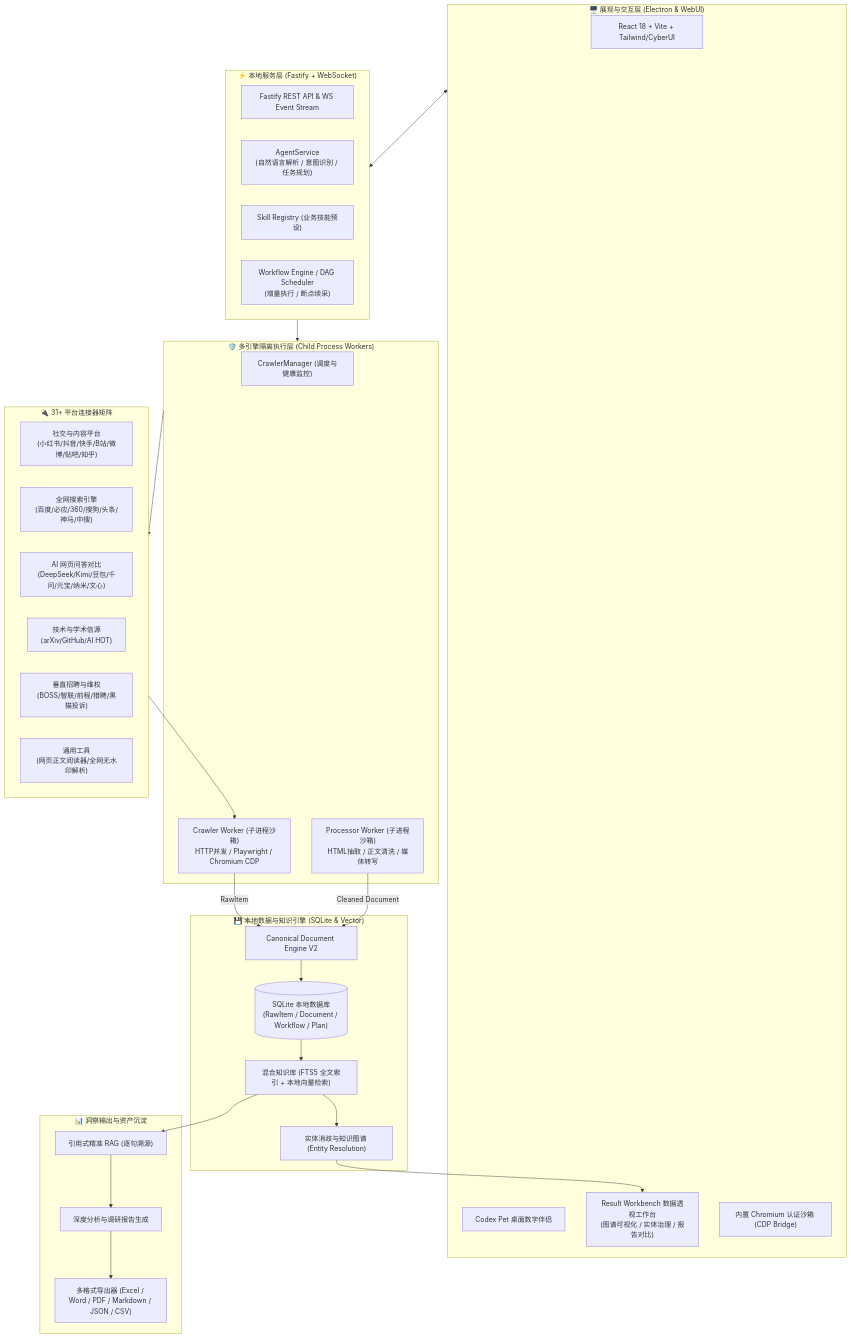
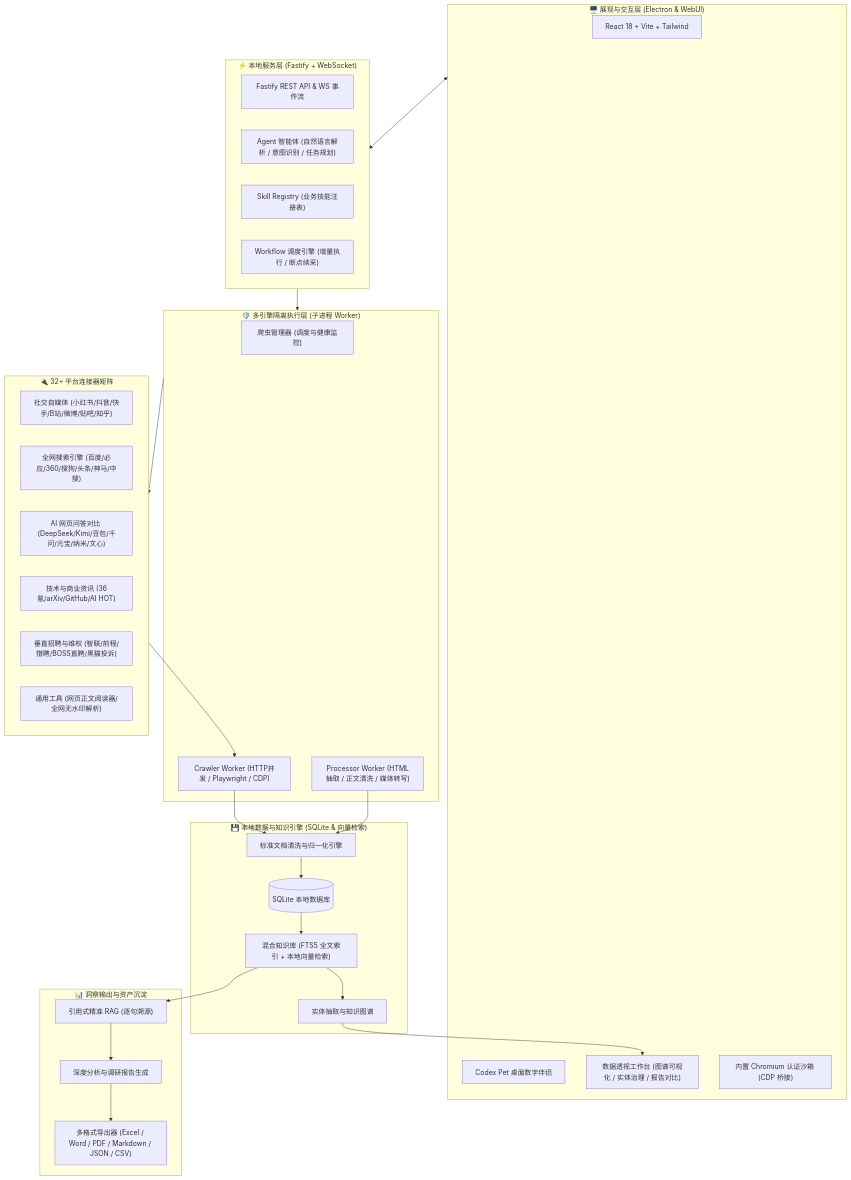
The diagram in README.md (ucmao/unisearch), drawn with Mermaid before and after one commit. The commit also changed other lines of this file and 10 other files, not shown here.

````diff
--- a/README.md
+++ b/README.md
@@ -41,58 +41,58 @@
 ```mermaid
 flowchart TB
     subgraph UI_Layer["🖥️ 展现与交互层 (Electron & WebUI)"]
-        WebUI["React 18 + Vite + Tailwind/CyberUI"]
+        WebUI["React 18 + Vite + Tailwind"]
         Pet["Codex Pet 桌面数字伴侣"]
-        Workbench["Result Workbench 数据透视工作台<br/>(图谱可视化 / 实体治理 / 报告对比)"]
-        BrowserSession["内置 Chromium 认证沙箱 (CDP Bridge)"]
+        Workbench["数据透视工作台 (图谱可视化 / 实体治理 / 报告对比)"]
+        BrowserSession["内置 Chromium 认证沙箱 (CDP 桥接)"]
     end
 
     subgraph Server_Layer["⚡ 本地服务层 (Fastify + WebSocket)"]
-        API["Fastify REST API & WS Event Stream"]
-        Agent["AgentService<br/>(自然语言解析 / 意图识别 / 任务规划)"]
-        SkillReg["Skill Registry (业务技能预设)"]
-        WorkflowEng["Workflow Engine / DAG Scheduler<br/>(增量执行 / 断点续采)"]
+        API["Fastify REST API & WS 事件流"]
+        Agent["Agent 智能体 (自然语言解析 / 意图识别 / 任务规划)"]
+        SkillReg["Skill Registry (业务技能注册表)"]
+        WorkflowEng["Workflow 调度引擎 (增量执行 / 断点续采)"]
     end
 
-    subgraph Runtime_Layer["🛡️ 多引擎隔离执行层 (Child Process Workers)"]
-        CrawlerMgr["CrawlerManager (调度与健康监控)"]
-        CrawlerWorker["Crawler Worker (子进程沙箱)<br/>HTTP并发 / Playwright / Chromium CDP"]
-        ProcessorWorker["Processor Worker (子进程沙箱)<br/>HTML抽取 / 正文清洗 / 媒体转写"]
+    subgraph Runtime_Layer["🛡️ 多引擎隔离执行层 (子进程 Worker)"]
+        CrawlerMgr["爬虫管理器 (调度与健康监控)"]
+        CrawlerWorker["Crawler Worker (HTTP并发 / Playwright / CDP)"]
+        ProcessorWorker["Processor Worker (HTML抽取 / 正文清洗 / 媒体转写)"]
     end
 
-    subgraph Connectors_Layer["🔌 31+ 平台连接器矩阵"]
-        SocialConn["社交与内容平台<br/>(小红书/抖音/快手/B站/微博/贴吧/知乎)"]
-        SearchConn["全网搜索引擎<br/>(百度/必应/360/搜狗/头条/神马/中搜)"]
-        AIConn["AI 网页问答对比<br/>(DeepSeek/Kimi/豆包/千问/元宝/纳米/文心)"]
-        TechConn["技术与学术信源<br/>(arXiv/GitHub/AI HOT)"]
-        JobConn["垂直招聘与维权<br/>(BOSS/智联/前程/猎聘/黑猫投诉)"]
-        UtilConn["通用工具<br/>(网页正文阅读器/全网无水印解析)"]
+    subgraph Connectors_Layer["🔌 32+ 平台连接器矩阵"]
+        SocialConn["社交自媒体 (小红书/抖音/快手/B站/微博/贴吧/知乎)"]
+        SearchConn["全网搜索引擎 (百度/必应/360/搜狗/头条/神马/中搜)"]
+        AIConn["AI 网页问答对比 (DeepSeek/Kimi/豆包/千问/元宝/纳米/文心)"]
+        TechConn["技术与商业资讯 (36氪/arXiv/GitHub/AI HOT)"]
+        JobConn["垂直招聘与维权 (智联/前程/猎聘/BOSS直聘/黑猫投诉)"]
+        UtilConn["通用工具 (网页正文阅读器/全网无水印解析)"]
     end
 
-    subgraph Storage_Layer["💾 本地数据与知识引擎 (SQLite & Vector)"]
-        DocEngine["Canonical Document Engine V2"]
-        SQLiteDB[("SQLite 本地数据库<br/>(RawItem / Document / Workflow / Plan)")]
+    subgraph Storage_Layer["💾 本地数据与知识引擎 (SQLite & 向量检索)"]
+        DocEngine["标准文档清洗与归一化引擎"]
+        SQLiteDB[("SQLite 本地数据库")]
         Knowledge["混合知识库 (FTS5 全文索引 + 本地向量检索)"]
-        EntityGraph["实体消歧与知识图谱 (Entity Resolution)"]
+        EntityGraph["实体抽取与知识图谱"]
     end
 
     subgraph Output_Layer["📊 洞察输出与资产沉淀"]
         CitedRAG["引用式精准 RAG (逐句溯源)"]
         Analyzer["深度分析与调研报告生成"]
         Exporters["多格式导出器 (Excel / Word / PDF / Markdown / JSON / CSV)"]
     end
 
     UI_Layer <--> Server_Layer
     Server_Layer --> Runtime_Layer
     Runtime_Layer --> Connectors_Layer
     Connectors_Layer --> CrawlerWorker
-    CrawlerWorker -- "RawItem" --> DocEngine
-    ProcessorWorker -- "Cleaned Document" --> DocEngine
+    CrawlerWorker --> DocEngine
+    ProcessorWorker --> DocEngine
     DocEngine --> SQLiteDB
     SQLiteDB --> Knowledge
     Knowledge --> EntityGraph
     EntityGraph --> Workbench
     Knowledge --> CitedRAG
     CitedRAG --> Analyzer
     Analyzer --> Exporters
 ```
````
